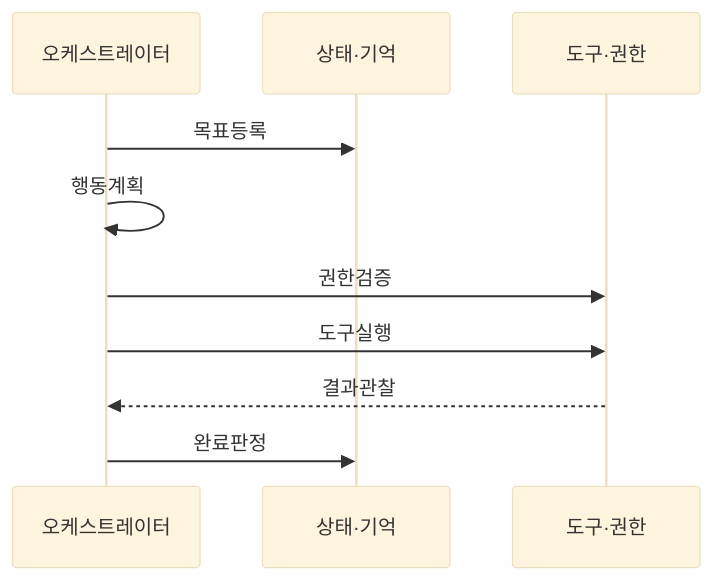
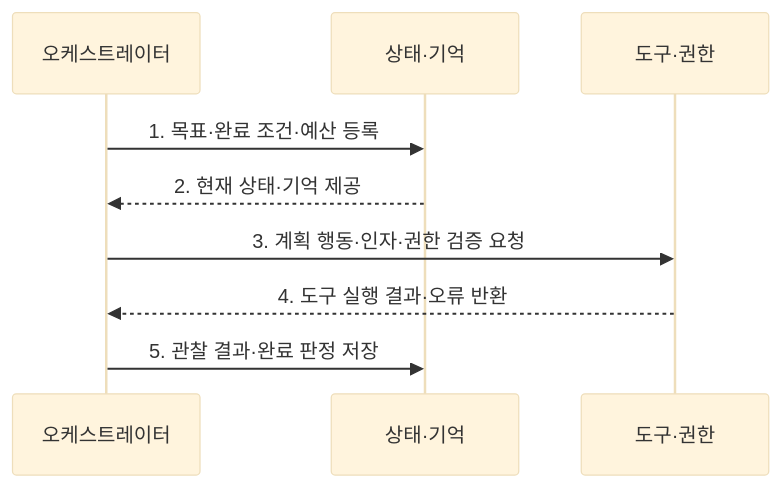
Before and after one commit to agnusdei1207/knowledge-base: the second of 2 diagrams in src/content/docs/notes/08-latest-tech/001_ai_agent_system.md, drawn with Mermaid (base theme). The commit also changed other lines of this file and 9 other files, not shown here.

````diff
--- a/src/content/docs/notes/08-latest-tech/001_ai_agent_system.md
+++ b/src/content/docs/notes/08-latest-tech/001_ai_agent_system.md
@@ -66,12 +73,11 @@
 ```mermaid
 sequenceDiagram
     participant O as 오케스트레이터
     participant S as 상태·기억
     participant T as 도구·권한
-    O->>S: 목표등록
-    O->>O: 행동계획
-    O->>T: 권한검증
-    O->>T: 도구실행
-    T-->>O: 결과관찰
-    O->>S: 완료판정
+    O->>S: 1. 목표·완료 조건·예산 등록
+    S-->>O: 2. 현재 상태·기억 제공
+    O->>T: 3. 계획 행동·인자·권한 검증 요청
+    T-->>O: 4. 도구 실행 결과·오류 반환
+    O->>S: 5. 관찰 결과·완료 판정 저장
 ```
````
